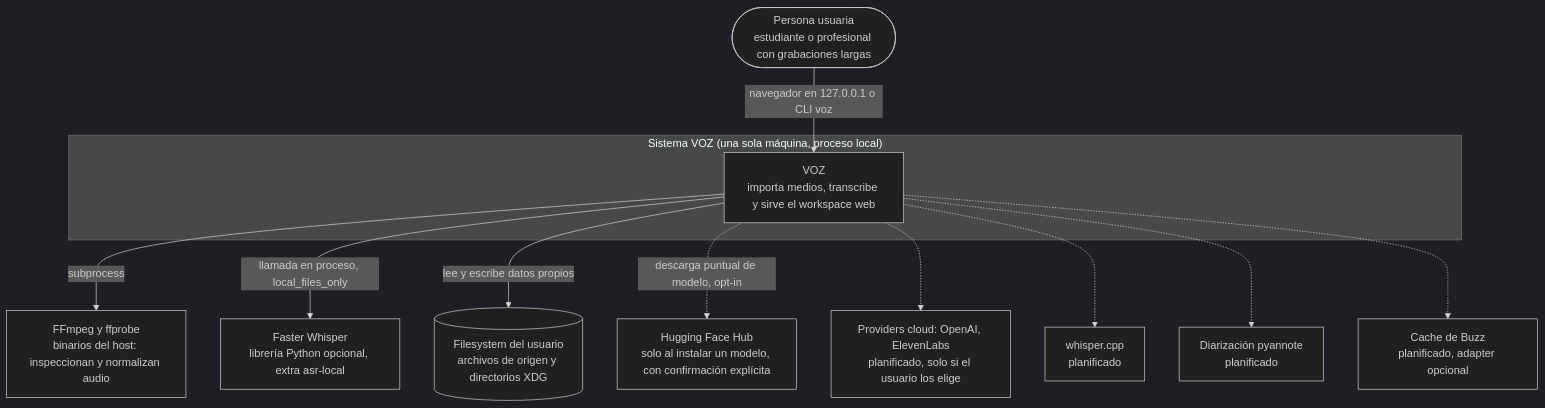
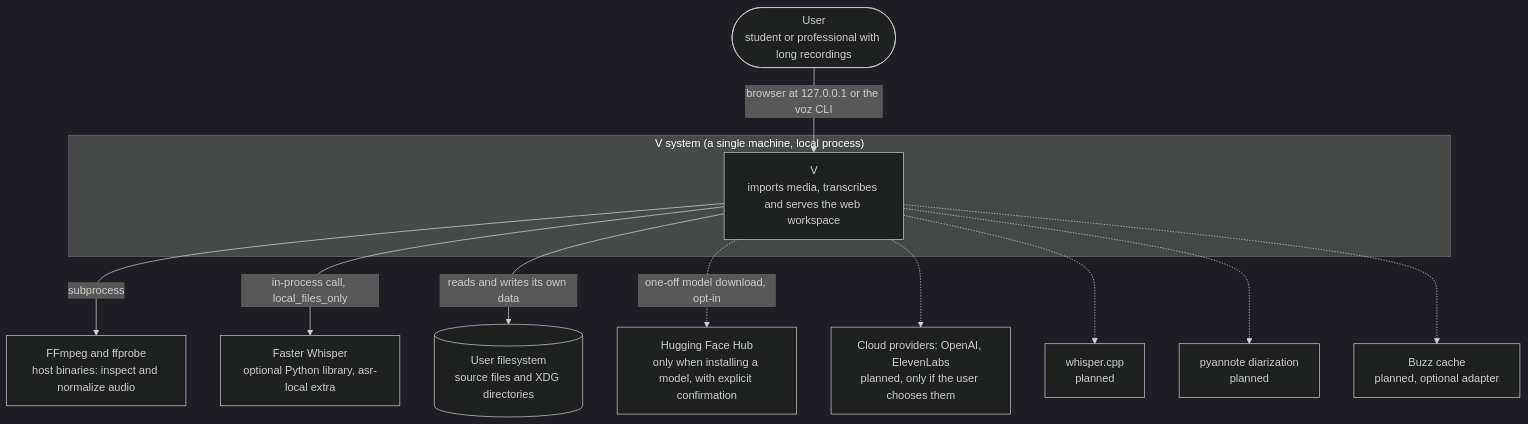
One commit to MarshallGomez1103/V changed the diagram in docs/architecture/01-contexto.md. Above: the diagram before and after it, drawn with Mermaid (dark theme). The commit also changed other lines of this file and 13 other files, not shown here.

````diff
--- a/docs/architecture/01-contexto.md
+++ b/docs/architecture/01-contexto.md
@@ -10,29 +11,29 @@
 ```mermaid
 flowchart TB
-    usuario(["Persona usuaria<br/>estudiante o profesional con grabaciones largas"])
+    usuario(["User<br/>student or professional with long recordings"])
 
-    subgraph voz_sys["Sistema VOZ (una sola máquina, proceso local)"]
-        voz["VOZ<br/>importa medios, transcribe y sirve el workspace web"]
+    subgraph voz_sys["V system (a single machine, local process)"]
+        voz["V<br/>imports media, transcribes and serves the web workspace"]
     end
 
-    ffmpeg["FFmpeg y ffprobe<br/>binarios del host: inspeccionan y normalizan audio"]
-    fw["Faster Whisper<br/>librería Python opcional, extra asr-local"]
-    hf["Hugging Face Hub<br/>solo al instalar un modelo, con confirmación explícita"]
-    fs[("Filesystem del usuario<br/>archivos de origen y directorios XDG")]
+    ffmpeg["FFmpeg and ffprobe<br/>host binaries: inspect and normalize audio"]
+    fw["Faster Whisper<br/>optional Python library, asr-local extra"]
+    hf["Hugging Face Hub<br/>only when installing a model, with explicit confirmation"]
+    fs[("User filesystem<br/>source files and XDG directories")]
 
-    cloud["Providers cloud: OpenAI, ElevenLabs<br/>planificado, solo si el usuario los elige"]
-    cpp["whisper.cpp<br/>planificado"]
-    diar["Diarización pyannote<br/>planificado"]
-    buzz["Cache de Buzz<br/>planificado, adapter opcional"]
+    cloud["Cloud providers: OpenAI, ElevenLabs<br/>planned, only if the user chooses them"]
+    cpp["whisper.cpp<br/>planned"]
+    diar["pyannote diarization<br/>planned"]
+    buzz["Buzz cache<br/>planned, optional adapter"]
 
-    usuario -->|"navegador en 127.0.0.1 o CLI voz"| voz
+    usuario -->|"browser at 127.0.0.1 or the voz CLI"| voz
     voz -->|"subprocess"| ffmpeg
-    voz -->|"llamada en proceso, local_files_only"| fw
-    voz -->|"lee y escribe datos propios"| fs
-    voz -.->|"descarga puntual de modelo, opt-in"| hf
+    voz -->|"in-process call, local_files_only"| fw
+    voz -->|"reads and writes its own data"| fs
+    voz -.->|"one-off model download, opt-in"| hf
 
     voz -.-> cloud
     voz -.-> cpp
     voz -.-> diar
     voz -.-> buzz
 ```
````
